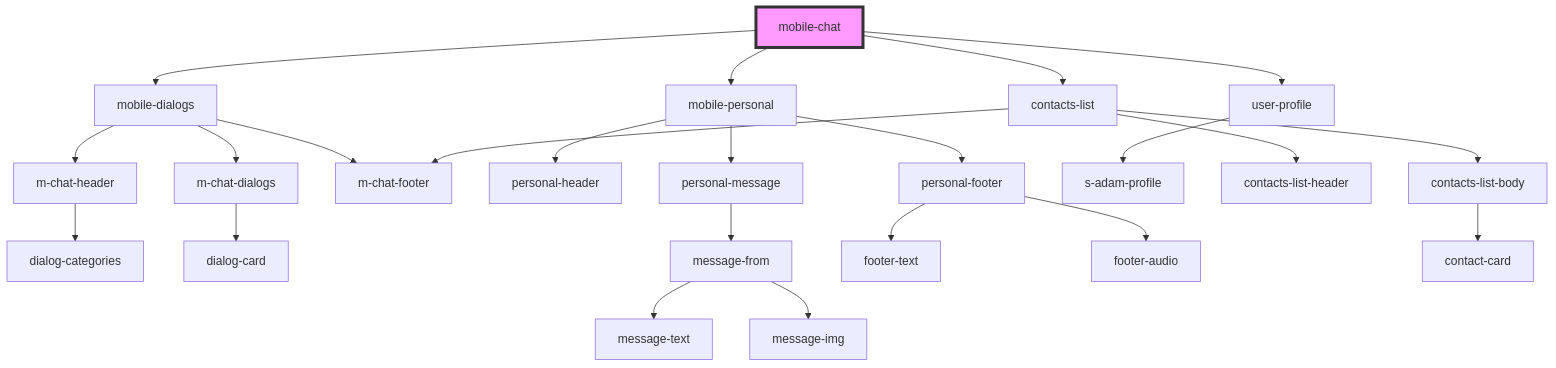
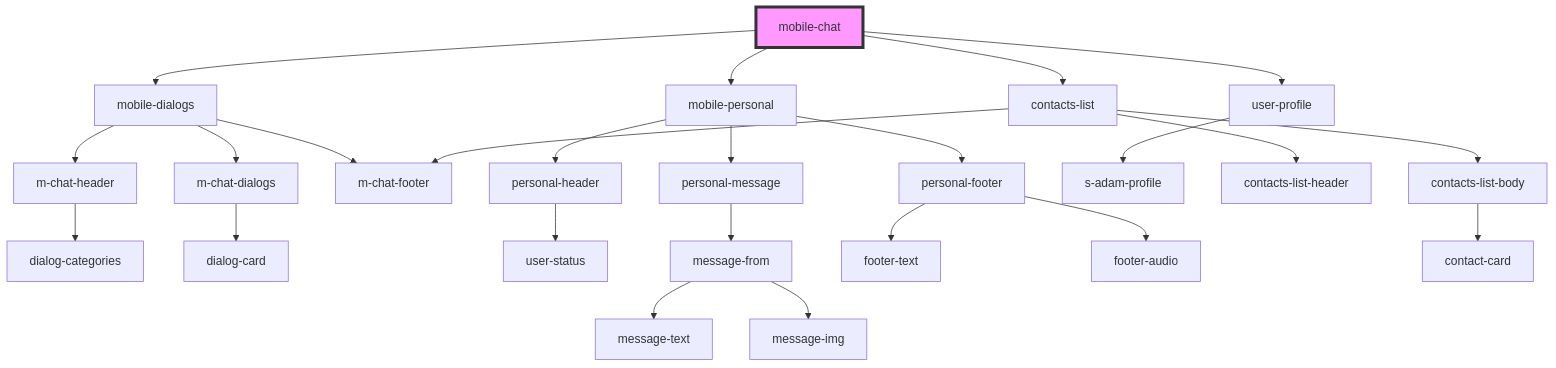
One commit to saqhan/stencil-chat changed the diagram in src/components/mobile/mobile-chat/readme.md. Above: the diagram before and after it, drawn with Mermaid. The commit also changed 26 other files, not shown here.

````diff
--- a/src/components/mobile/mobile-chat/readme.md
+++ b/src/components/mobile/mobile-chat/readme.md
@@ -18,26 +18,27 @@
 ```mermaid
 graph TD;
   mobile-chat --> mobile-dialogs
   mobile-chat --> mobile-personal
   mobile-chat --> user-profile
   mobile-chat --> contacts-list
   mobile-dialogs --> m-chat-header
   mobile-dialogs --> m-chat-dialogs
   mobile-dialogs --> m-chat-footer
   m-chat-header --> dialog-categories
   m-chat-dialogs --> dialog-card
   mobile-personal --> personal-header
   mobile-personal --> personal-message
   mobile-personal --> personal-footer
+  personal-header --> user-status
   personal-message --> message-from
   message-from --> message-text
   message-from --> message-img
   personal-footer --> footer-text
   personal-footer --> footer-audio
   user-profile --> s-adam-profile
   contacts-list --> contacts-list-header
   contacts-list --> contacts-list-body
   contacts-list --> m-chat-footer
   contacts-list-body --> contact-card
   style mobile-chat fill:#f9f,stroke:#333,stroke-width:4px
 ```
````
